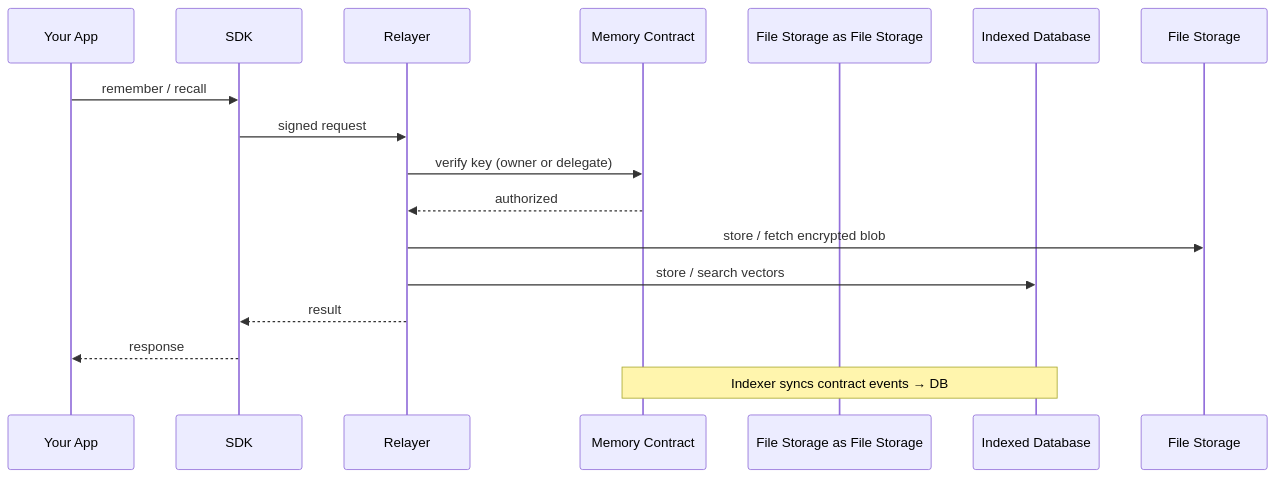
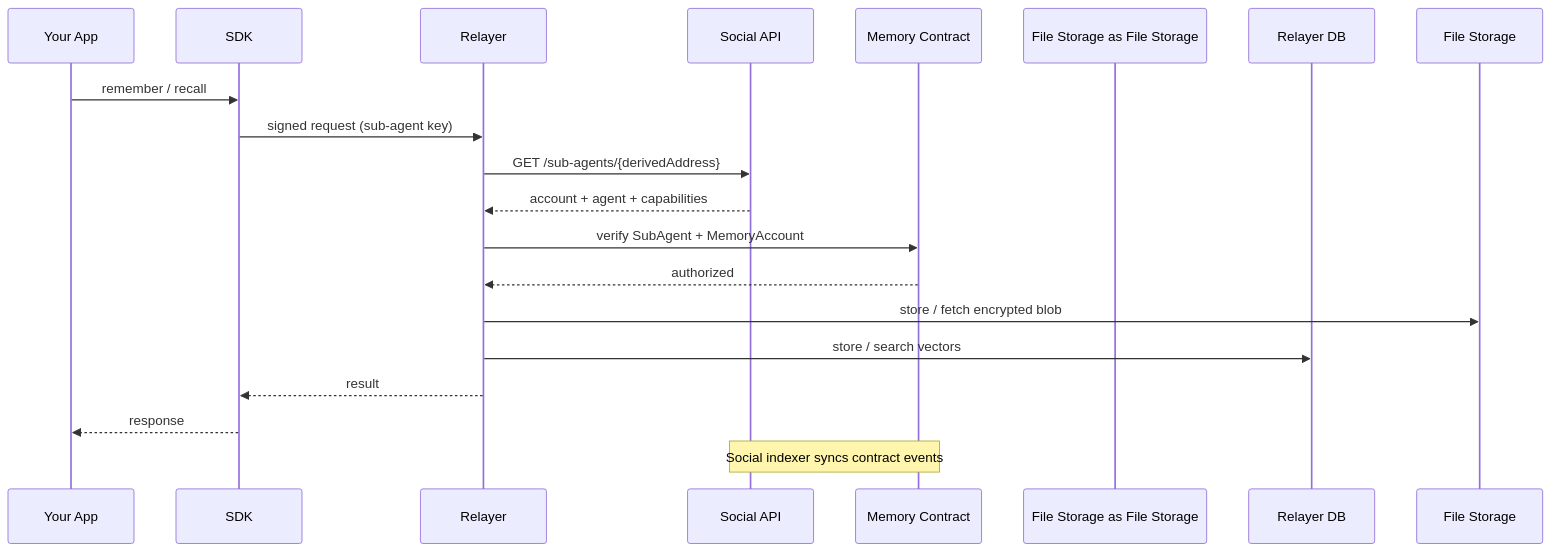
One commit to The-Social-Proof-Foundation/myso-memory changed the diagram in docs/fundamentals/architecture/core-components.md. Above: the diagram before and after it, drawn with Mermaid. The commit also changed other lines of this file and 42 other files, not shown here.

````diff
--- a/docs/fundamentals/architecture/core-components.md
+++ b/docs/fundamentals/architecture/core-components.md
@@ -8,20 +8,23 @@
 ```mermaid
 sequenceDiagram
     participant App as Your App
     participant SDK as SDK
     participant Relayer as Relayer
+    participant Social as Social API
     participant Contract as Memory Contract
     participant File Storage as File Storage
-    participant DB as Indexed Database
+    participant DB as Relayer DB
 
     App->>SDK: remember / recall
-    SDK->>Relayer: signed request
-    Relayer->>Contract: verify key (owner or delegate)
+    SDK->>Relayer: signed request (sub-agent key)
+    Relayer->>Social: GET /sub-agents/{derivedAddress}
+    Social-->>Relayer: account + agent + capabilities
+    Relayer->>Contract: verify SubAgent + MemoryAccount
     Contract-->>Relayer: authorized
     Relayer->>File Storage: store / fetch encrypted blob
     Relayer->>DB: store / search vectors
     Relayer-->>SDK: result
     SDK-->>App: response
 
-    Note over Contract,DB: Indexer syncs contract events → DB
+    Note over Social,Contract: Social indexer syncs contract events
 ```
````
